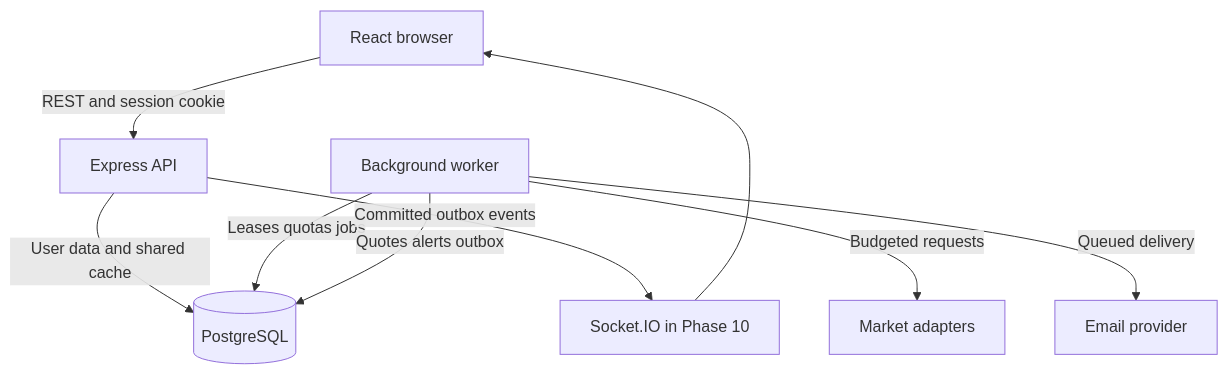
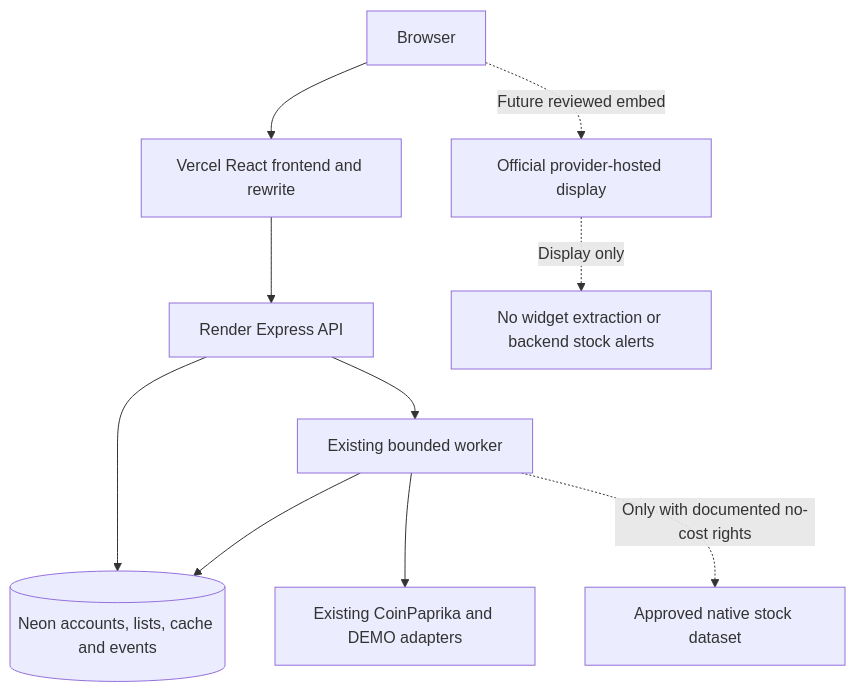
The second of 2 diagrams in docs/architecture.md (akanksha15sharma/Market-pulse), drawn with Mermaid before and after one commit. The commit also changed other lines of this file and 7 other files, not shown here.

Commit message:
docs(scope): define free public product and market-data rights gates

````diff
--- a/docs/architecture.md
+++ b/docs/architecture.md
@@ -19,11 +95,12 @@
 ```mermaid
 flowchart TD
-    Browser[React browser] -->|REST and session cookie| API[Express API]
-    API -->|User data and shared cache| DB[(PostgreSQL)]
-    Worker[Background worker] -->|Leases quotas jobs| DB
-    Worker -->|Budgeted requests| Providers[Market adapters]
-    Worker -->|Queued delivery| Email[Email provider]
-    Worker -->|Quotes alerts outbox| DB
-    API -->|Committed outbox events| Socket[Socket.IO in Phase 10]
-    Socket --> Browser
+    Browser[Browser] --> Vercel[Vercel React frontend and rewrite]
+    Vercel --> API[Render Express API]
+    API --> DB[(Neon accounts, lists, cache and events)]
+    API --> Worker[Existing bounded worker]
+    Worker --> DB
+    Worker --> Current[Existing CoinPaprika and DEMO adapters]
+    Browser -. Future reviewed embed .-> Widget[Official provider-hosted display]
+    Worker -. Only with documented no-cost rights .-> Feed[Approved native stock dataset]
+    Widget -. Display only .-> Limit[No widget extraction or backend stock alerts]
 ```
````
